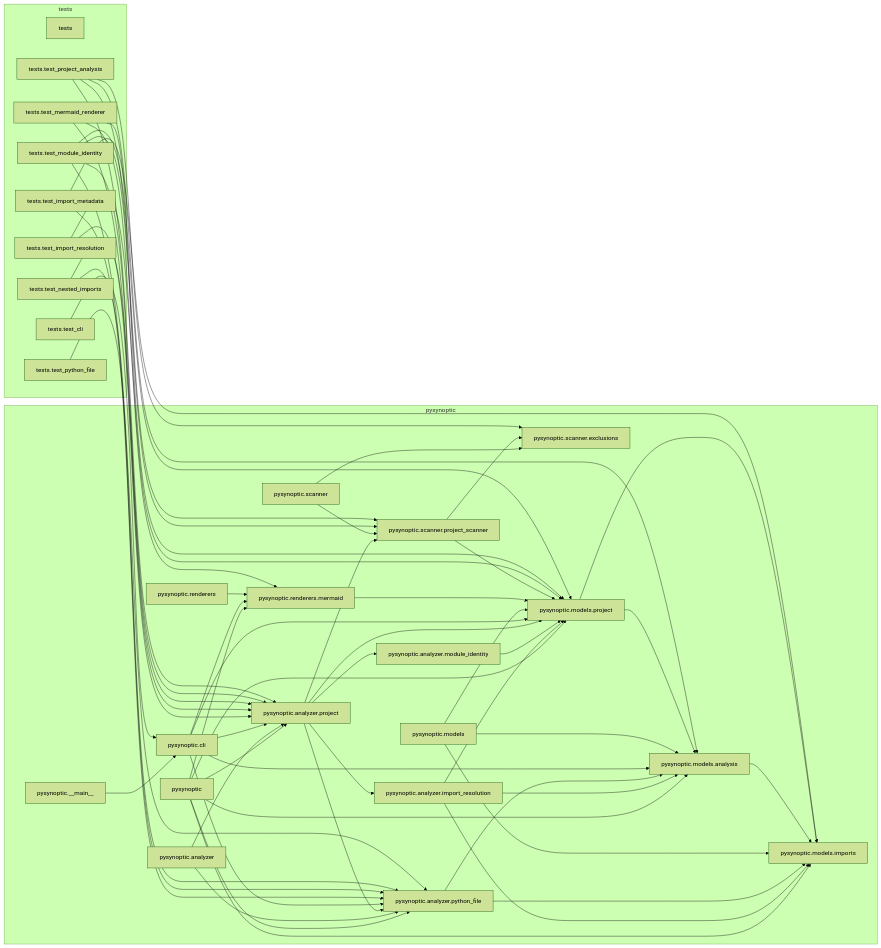
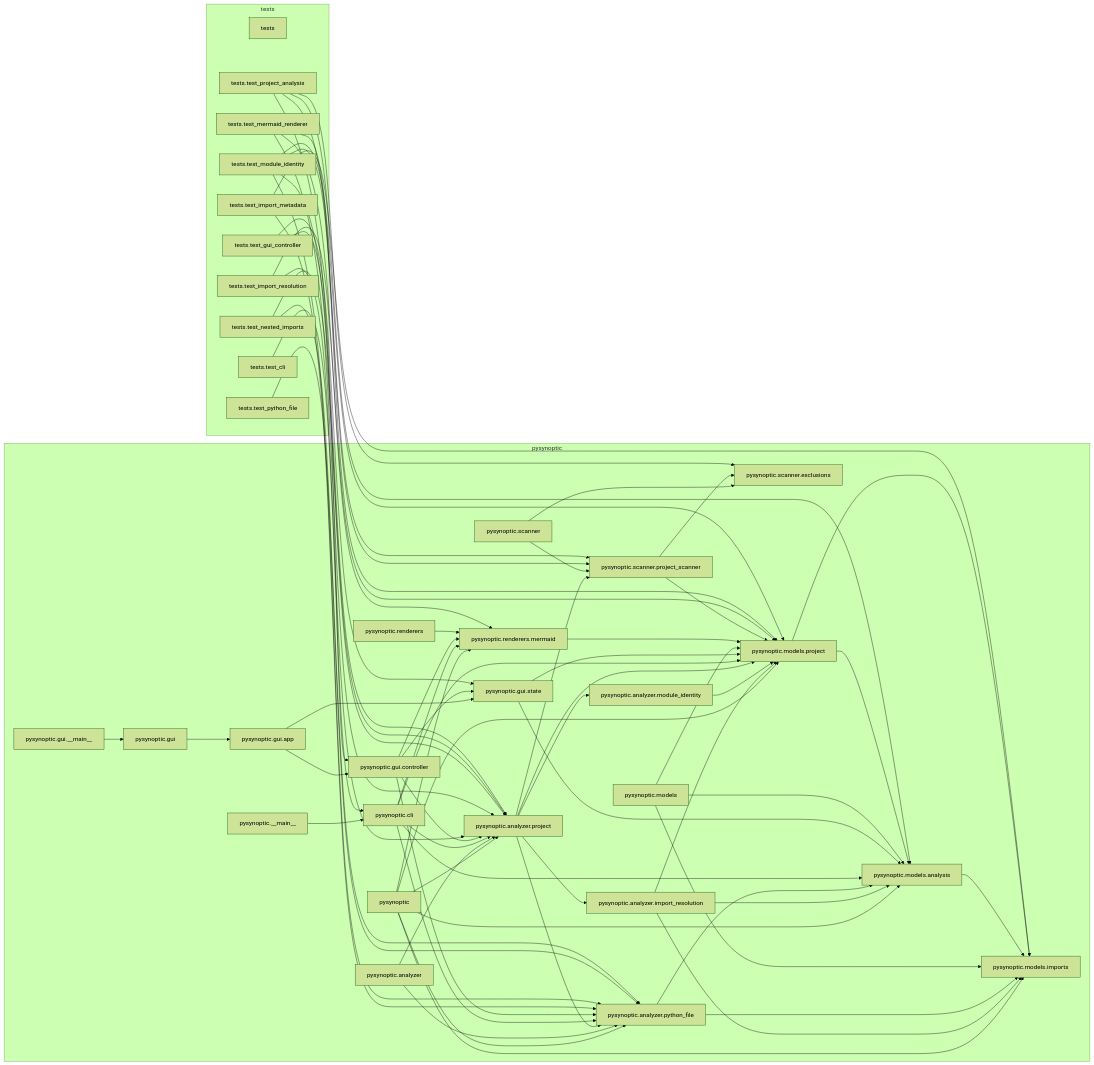
Before and after one commit to tonygloaguen/PySynoptic: the diagram in docs/pysynoptic-dependencies.mmd, drawn with Mermaid (forest theme). The commit also changed 9 other files, not shown here.

Commit message:
feat(gui): add desktop project analyzer

```diff
--- a/docs/pysynoptic-dependencies.mmd
+++ b/docs/pysynoptic-dependencies.mmd
@@ -1,87 +1,105 @@
 flowchart LR
   subgraph package_pysynoptic["pysynoptic"]
     module_pysynoptic["pysynoptic"]
     module_pysynoptic___main["pysynoptic.__main__"]
     module_pysynoptic_analyzer["pysynoptic.analyzer"]
     module_pysynoptic_analyzer_import_resolution["pysynoptic.analyzer.import_resolution"]
     module_pysynoptic_analyzer_module_identity["pysynoptic.analyzer.module_identity"]
     module_pysynoptic_analyzer_project["pysynoptic.analyzer.project"]
     module_pysynoptic_analyzer_python_file["pysynoptic.analyzer.python_file"]
     module_pysynoptic_cli["pysynoptic.cli"]
+    module_pysynoptic_gui["pysynoptic.gui"]
+    module_pysynoptic_gui___main["pysynoptic.gui.__main__"]
+    module_pysynoptic_gui_app["pysynoptic.gui.app"]
+    module_pysynoptic_gui_controller["pysynoptic.gui.controller"]
+    module_pysynoptic_gui_state["pysynoptic.gui.state"]
     module_pysynoptic_models["pysynoptic.models"]
     module_pysynoptic_models_analysis["pysynoptic.models.analysis"]
     module_pysynoptic_models_imports["pysynoptic.models.imports"]
     module_pysynoptic_models_project["pysynoptic.models.project"]
     module_pysynoptic_renderers["pysynoptic.renderers"]
     module_pysynoptic_renderers_mermaid["pysynoptic.renderers.mermaid"]
     module_pysynoptic_scanner["pysynoptic.scanner"]
     module_pysynoptic_scanner_exclusions["pysynoptic.scanner.exclusions"]
     module_pysynoptic_scanner_project_scanner["pysynoptic.scanner.project_scanner"]
   end
   subgraph package_tests["tests"]
     module_tests["tests"]
     module_tests_test_cli["tests.test_cli"]
+    module_tests_test_gui_controller["tests.test_gui_controller"]
     module_tests_test_import_metadata["tests.test_import_metadata"]
     module_tests_test_import_resolution["tests.test_import_resolution"]
     module_tests_test_mermaid_renderer["tests.test_mermaid_renderer"]
     module_tests_test_module_identity["tests.test_module_identity"]
     module_tests_test_nested_imports["tests.test_nested_imports"]
     module_tests_test_project_analysis["tests.test_project_analysis"]
     module_tests_test_python_file["tests.test_python_file"]
   end
   module_pysynoptic --> module_pysynoptic_analyzer_project
   module_pysynoptic --> module_pysynoptic_analyzer_python_file
   module_pysynoptic --> module_pysynoptic_models_analysis
   module_pysynoptic --> module_pysynoptic_models_imports
   module_pysynoptic --> module_pysynoptic_models_project
   module_pysynoptic --> module_pysynoptic_renderers_mermaid
   module_pysynoptic___main --> module_pysynoptic_cli
   module_pysynoptic_analyzer --> module_pysynoptic_analyzer_project
   module_pysynoptic_analyzer --> module_pysynoptic_analyzer_python_file
   module_pysynoptic_analyzer_import_resolution --> module_pysynoptic_models_analysis
   module_pysynoptic_analyzer_import_resolution --> module_pysynoptic_models_imports
   module_pysynoptic_analyzer_import_resolution --> module_pysynoptic_models_project
   module_pysynoptic_analyzer_module_identity --> module_pysynoptic_models_project
   module_pysynoptic_analyzer_project --> module_pysynoptic_analyzer_import_resolution
   module_pysynoptic_analyzer_project --> module_pysynoptic_analyzer_module_identity
   module_pysynoptic_analyzer_project --> module_pysynoptic_analyzer_python_file
   module_pysynoptic_analyzer_project --> module_pysynoptic_models_project
   module_pysynoptic_analyzer_project --> module_pysynoptic_scanner_project_scanner
   module_pysynoptic_analyzer_python_file --> module_pysynoptic_models_analysis
   module_pysynoptic_analyzer_python_file --> module_pysynoptic_models_imports
   module_pysynoptic_cli --> module_pysynoptic_analyzer_project
   module_pysynoptic_cli --> module_pysynoptic_analyzer_python_file
   module_pysynoptic_cli --> module_pysynoptic_models_analysis
   module_pysynoptic_cli --> module_pysynoptic_models_project
   module_pysynoptic_cli --> module_pysynoptic_renderers_mermaid
+  module_pysynoptic_gui --> module_pysynoptic_gui_app
+  module_pysynoptic_gui___main --> module_pysynoptic_gui
+  module_pysynoptic_gui_app --> module_pysynoptic_gui_controller
+  module_pysynoptic_gui_app --> module_pysynoptic_gui_state
+  module_pysynoptic_gui_controller --> module_pysynoptic_analyzer_project
+  module_pysynoptic_gui_controller --> module_pysynoptic_analyzer_python_file
+  module_pysynoptic_gui_controller --> module_pysynoptic_gui_state
+  module_pysynoptic_gui_controller --> module_pysynoptic_renderers_mermaid
+  module_pysynoptic_gui_state --> module_pysynoptic_models_analysis
+  module_pysynoptic_gui_state --> module_pysynoptic_models_project
   module_pysynoptic_models --> module_pysynoptic_models_analysis
   module_pysynoptic_models --> module_pysynoptic_models_imports
   module_pysynoptic_models --> module_pysynoptic_models_project
   module_pysynoptic_models_analysis --> module_pysynoptic_models_imports
   module_pysynoptic_models_project --> module_pysynoptic_models_analysis
   module_pysynoptic_models_project --> module_pysynoptic_models_imports
   module_pysynoptic_renderers --> module_pysynoptic_renderers_mermaid
   module_pysynoptic_renderers_mermaid --> module_pysynoptic_models_project
   module_pysynoptic_scanner --> module_pysynoptic_scanner_exclusions
   module_pysynoptic_scanner --> module_pysynoptic_scanner_project_scanner
   module_pysynoptic_scanner_project_scanner --> module_pysynoptic_models_project
   module_pysynoptic_scanner_project_scanner --> module_pysynoptic_scanner_exclusions
   module_tests_test_cli --> module_pysynoptic_cli
+  module_tests_test_gui_controller --> module_pysynoptic_gui_controller
+  module_tests_test_gui_controller --> module_pysynoptic_gui_state
   module_tests_test_import_metadata --> module_pysynoptic_analyzer_python_file
   module_tests_test_import_metadata --> module_pysynoptic_models_imports
   module_tests_test_import_resolution --> module_pysynoptic_analyzer_project
   module_tests_test_import_resolution --> module_pysynoptic_models_project
   module_tests_test_mermaid_renderer --> module_pysynoptic_analyzer_project
   module_tests_test_mermaid_renderer --> module_pysynoptic_models_project
   module_tests_test_mermaid_renderer --> module_pysynoptic_renderers_mermaid
   module_tests_test_module_identity --> module_pysynoptic_analyzer_project
   module_tests_test_module_identity --> module_pysynoptic_analyzer_python_file
   module_tests_test_module_identity --> module_pysynoptic_models_project
   module_tests_test_module_identity --> module_pysynoptic_scanner_project_scanner
   module_tests_test_nested_imports --> module_pysynoptic_analyzer_project
   module_tests_test_nested_imports --> module_pysynoptic_analyzer_python_file
   module_tests_test_project_analysis --> module_pysynoptic_analyzer_project
   module_tests_test_project_analysis --> module_pysynoptic_models_analysis
   module_tests_test_project_analysis --> module_pysynoptic_scanner_exclusions
   module_tests_test_project_analysis --> module_pysynoptic_scanner_project_scanner
   module_tests_test_python_file --> module_pysynoptic_analyzer_python_file
```
